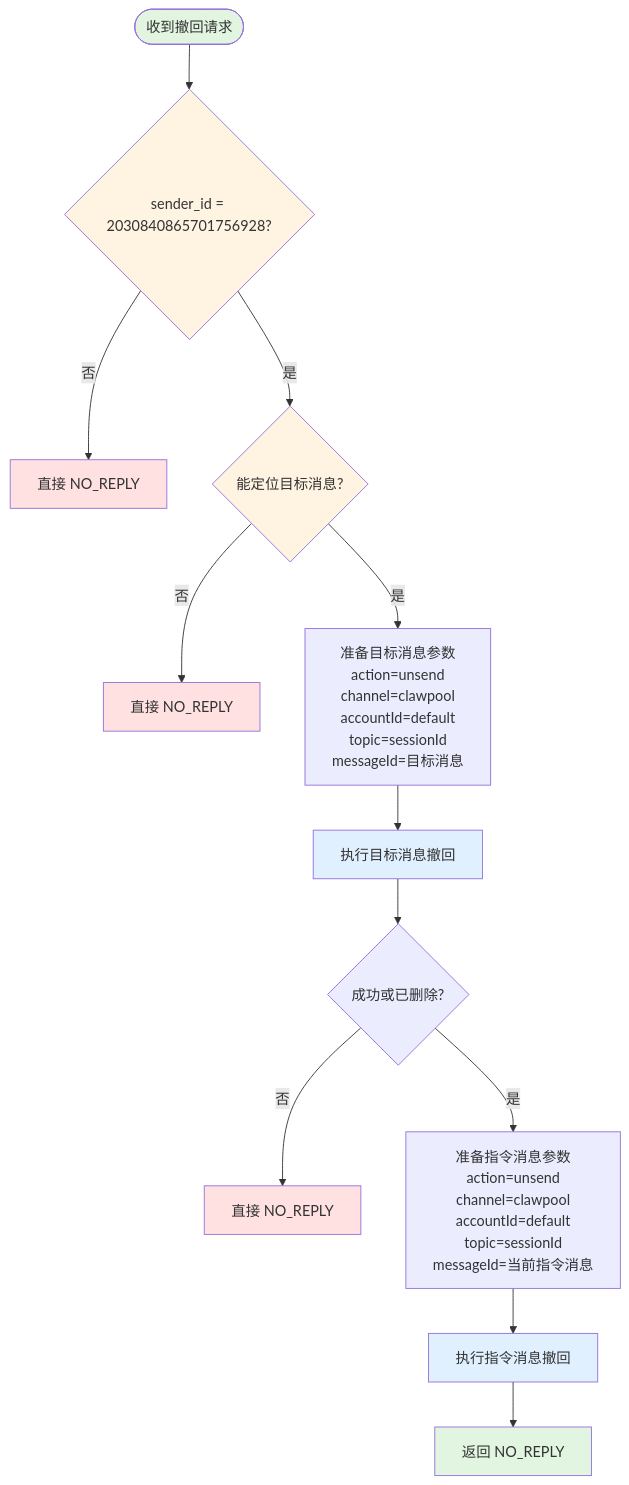
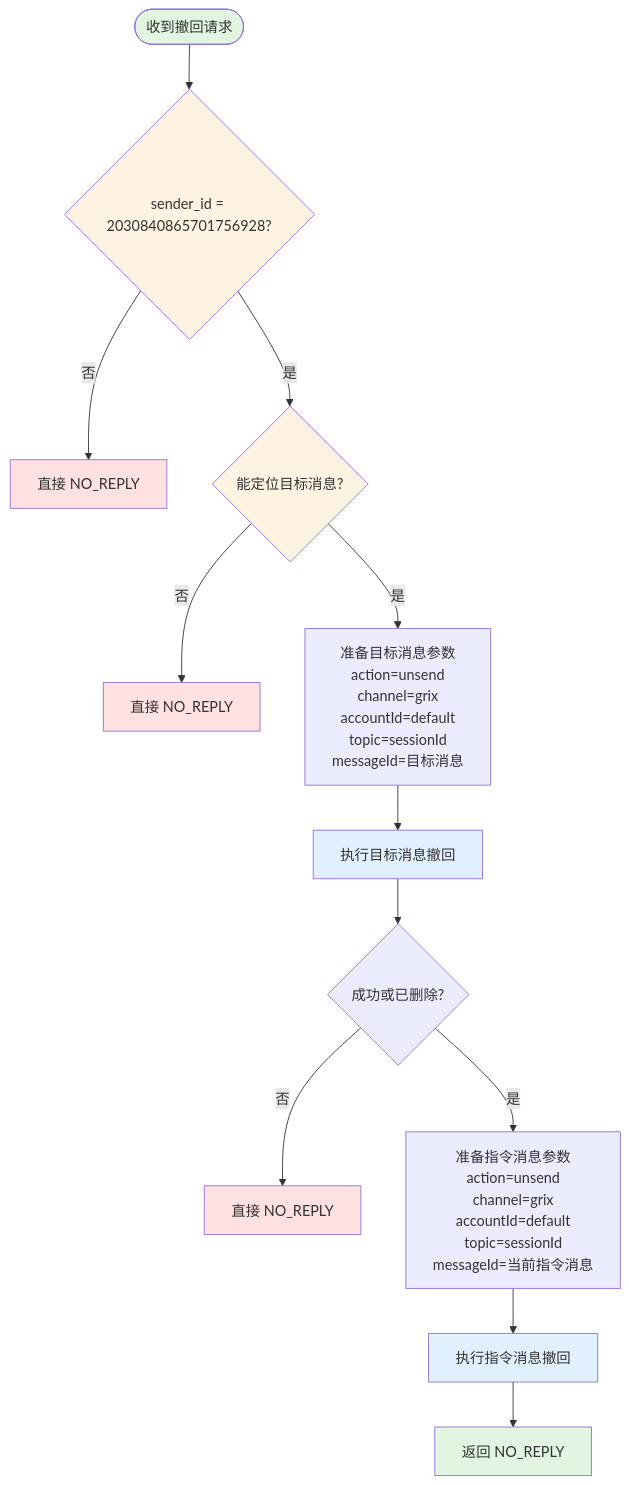
Before and after one commit to askie/clawpool-openclaw: the diagram in skills/message-unsend/flowchart.mermaid, drawn with Mermaid. The commit also changed 51 other files, not shown here.

````diff
--- a/skills/message-unsend/flowchart.mermaid
+++ b/skills/message-unsend/flowchart.mermaid
@@ -1,27 +1,27 @@
 ```mermaid
 flowchart TD
     Start([收到撤回请求]) --> CheckSender{sender_id = 2030840865701756928?}
     CheckSender -->|否| End1[直接 NO_REPLY]
     CheckSender -->|是| ResolveTarget{能定位目标消息?}
 
     ResolveTarget -->|否| End2[直接 NO_REPLY]
-    ResolveTarget -->|是| PrepareTarget[准备目标消息参数<br/>action=unsend<br/>channel=clawpool<br/>accountId=default<br/>topic=sessionId<br/>messageId=目标消息]
+    ResolveTarget -->|是| PrepareTarget[准备目标消息参数<br/>action=unsend<br/>channel=grix<br/>accountId=default<br/>topic=sessionId<br/>messageId=目标消息]
 
     PrepareTarget --> UnsendTarget[执行目标消息撤回]
     UnsendTarget --> TargetResult{成功或已删除?}
     TargetResult -->|否| End3[直接 NO_REPLY]
-    TargetResult -->|是| PrepareCommand[准备指令消息参数<br/>action=unsend<br/>channel=clawpool<br/>accountId=default<br/>topic=sessionId<br/>messageId=当前指令消息]
+    TargetResult -->|是| PrepareCommand[准备指令消息参数<br/>action=unsend<br/>channel=grix<br/>accountId=default<br/>topic=sessionId<br/>messageId=当前指令消息]
 
     PrepareCommand --> UnsendCommand[执行指令消息撤回]
     UnsendCommand --> End4[返回 NO_REPLY]
 
     style Start fill:#e1f5e1
     style End1 fill:#ffe1e1
     style End2 fill:#ffe1e1
     style End3 fill:#ffe1e1
     style End4 fill:#e1f5e1
     style CheckSender fill:#fff4e1
     style ResolveTarget fill:#fff4e1
     style UnsendTarget fill:#e1f0ff
     style UnsendCommand fill:#e1f0ff
 ```
````
